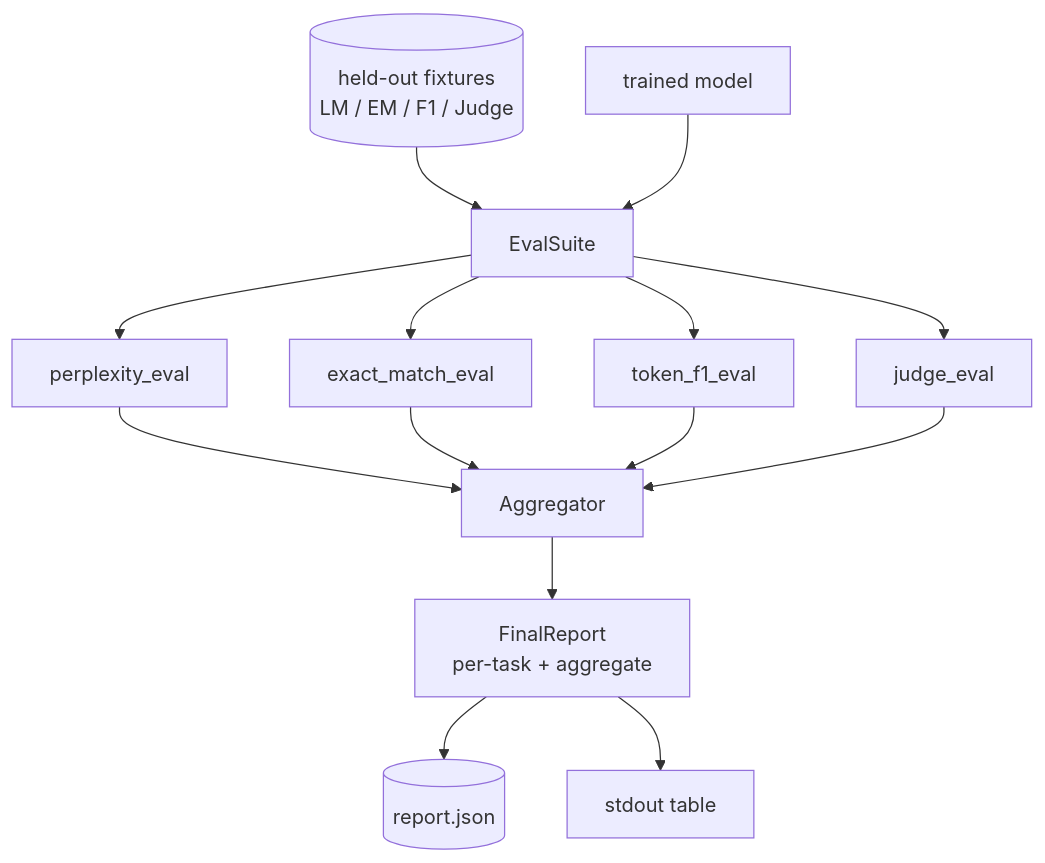
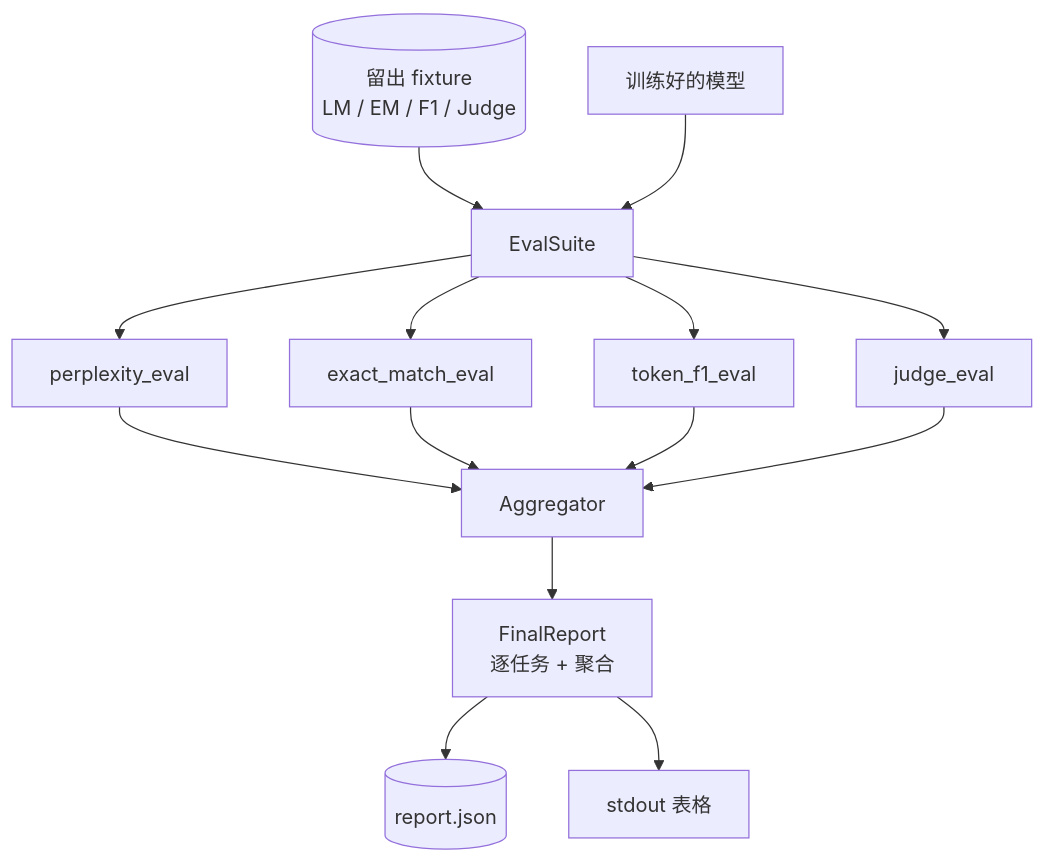
The third of 3 diagrams in phases/19-capstone-projects/41-eval-pipeline/docs/zh.md (JerryC8080/ai-engineering-from-scratch-zh), drawn with Mermaid before and after one commit. The commit also changed other lines of this file and 156 other files, not shown here.

First line of the commit message:
i18n(zh): translate mermaid diagram labels in 157 lesson zh.md

````diff
--- a/phases/19-capstone-projects/41-eval-pipeline/docs/zh.md
+++ b/phases/19-capstone-projects/41-eval-pipeline/docs/zh.md
@@ -110,16 +110,16 @@
 ```mermaid
 flowchart TD
-  Data[(held-out fixtures<br/>LM / EM / F1 / Judge)] --> Suite[EvalSuite]
-  Model[trained model] --> Suite
+  Data[(留出 fixture<br/>LM / EM / F1 / Judge)] --> Suite[EvalSuite]
+  Model[训练好的模型] --> Suite
   Suite --> PE[perplexity_eval]
   Suite --> EE[exact_match_eval]
   Suite --> FE[token_f1_eval]
   Suite --> JE[judge_eval]
   PE --> Agg[Aggregator]
   EE --> Agg
   FE --> Agg
   JE --> Agg
-  Agg --> R[FinalReport<br/>per-task + aggregate]
+  Agg --> R[FinalReport<br/>逐任务 + 聚合]
   R --> JSON[(report.json)]
-  R --> Pretty[stdout table]
+  R --> Pretty[stdout 表格]
 ```
````
